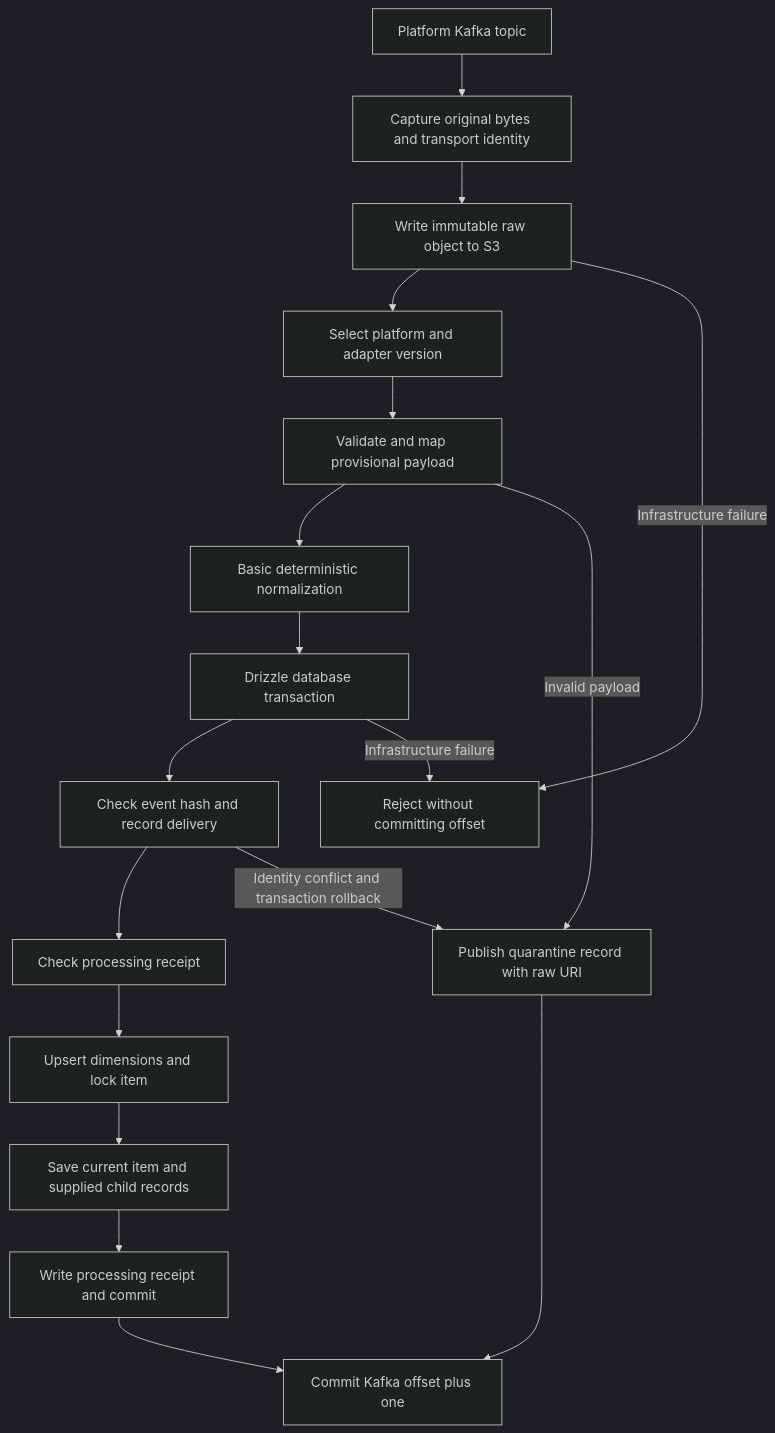
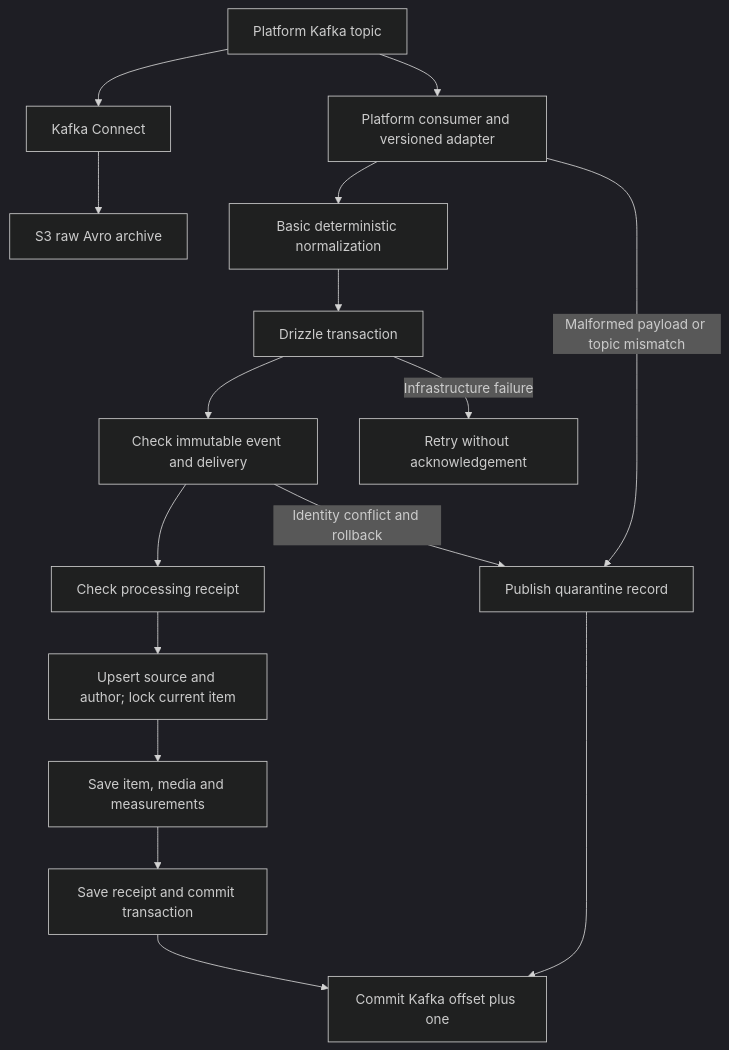
Before and after one commit to tabash21/nexus: the diagram in docs/plans/item-ingestion.md, drawn with Mermaid (dark theme). The commit also changed other lines of this file and 123 other files, not shown here.

Commit message:
feat: implement core item ingestion pipeline with database schemas, API, worker, and dashboard components

````diff
--- a/docs/plans/item-ingestion.md
+++ b/docs/plans/item-ingestion.md
@@ -10,20 +9,18 @@
 ```mermaid
 flowchart TD
-    A[Platform Kafka topic] --> B[Capture original bytes and transport identity]
-    B --> C[Write immutable raw object to S3]
-    C --> D[Select platform and adapter version]
-    D --> E[Validate and map provisional payload]
-    E --> F[Basic deterministic normalization]
-    F --> G[Drizzle database transaction]
-    G --> H[Check event hash and record delivery]
-    H --> I[Check processing receipt]
-    I --> J[Upsert dimensions and lock item]
-    J --> K[Save current item and supplied child records]
-    K --> L[Write processing receipt and commit]
-    L --> M[Commit Kafka offset plus one]
-    E -->|Invalid payload| Q[Publish quarantine record with raw URI]
-    H -->|Identity conflict and transaction rollback| Q
-    Q --> M
-    C -->|Infrastructure failure| R[Reject without committing offset]
-    G -->|Infrastructure failure| R
+    K[Platform Kafka topic] --> C[Kafka Connect]
+    C --> S[S3 raw Avro archive]
+    K --> A[Platform consumer and versioned adapter]
+    A --> N[Basic deterministic normalization]
+    N --> T[Drizzle transaction]
+    T --> D[Check immutable event and delivery]
+    D --> R[Check processing receipt]
+    R --> I[Upsert source and author; lock current item]
+    I --> P[Save item, media and measurements]
+    P --> X[Save receipt and commit transaction]
+    X --> O[Commit Kafka offset plus one]
+    A -->|Malformed payload or topic mismatch| Q[Publish quarantine record]
+    D -->|Identity conflict and rollback| Q
+    Q --> O
+    T -->|Infrastructure failure| F[Retry without acknowledgement]
 ```
````
